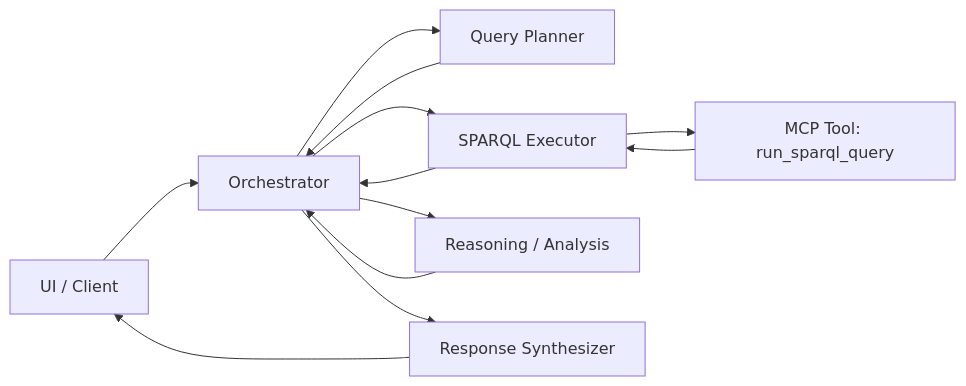
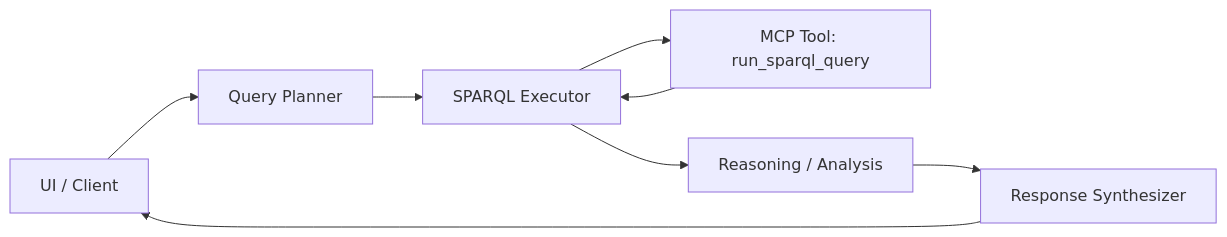
The second of 2 diagrams in ARCHITECTURE.md (Software-Engineering-2026-Class/SPARQL-MCP-Kel-2), drawn with Mermaid before and after one commit. The commit also changed other lines of this file, not shown here.

````diff
--- a/ARCHITECTURE.md
+++ b/ARCHITECTURE.md
@@ -88,14 +76,10 @@
 ```mermaid
 flowchart LR
-  UI[UI / Client] --> ORC[Orchestrator]
-  ORC --> PLAN[Query Planner]
-  PLAN --> ORC
-  ORC --> EXEC[SPARQL Executor]
+  UI[UI / Client] --> PLAN[Query Planner]
+  PLAN --> EXEC[SPARQL Executor]
   EXEC --> MCP[MCP Tool: run_sparql_query]
   MCP --> EXEC
-  EXEC --> ORC
-  ORC --> REAS[Reasoning / Analysis]
-  REAS --> ORC
-  ORC --> SYN[Response Synthesizer]
+  EXEC --> REAS[Reasoning / Analysis]
+  REAS --> SYN[Response Synthesizer]
   SYN --> UI
 ```
````
